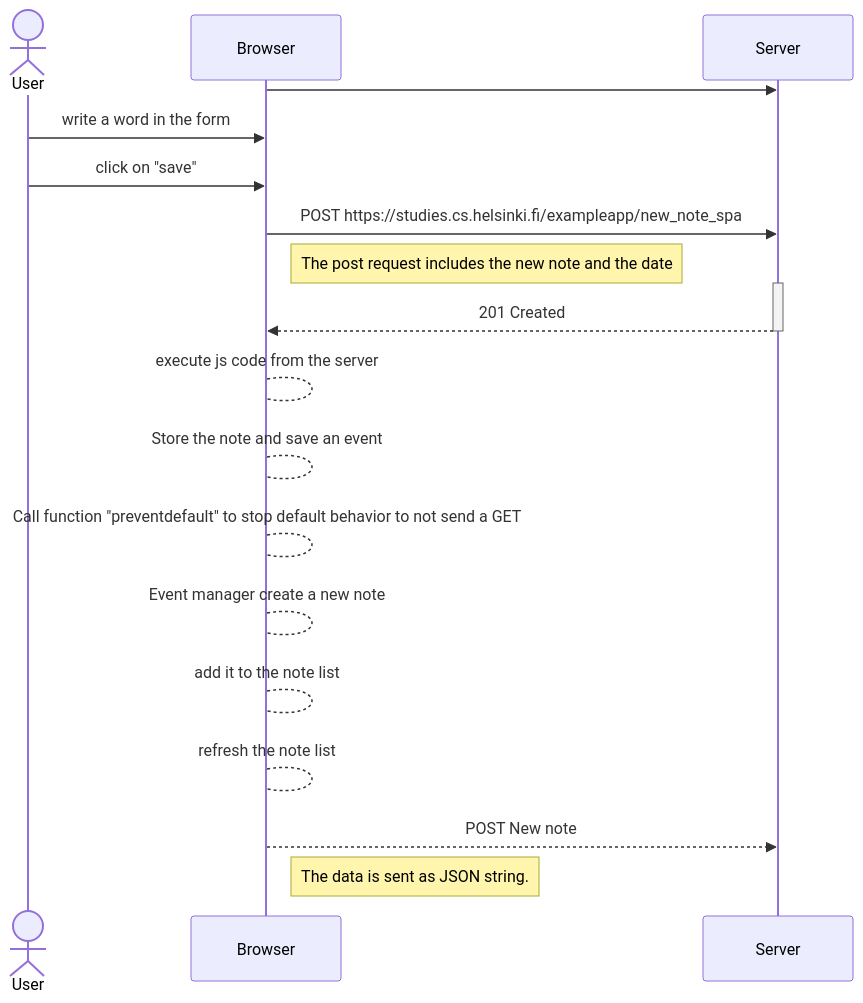
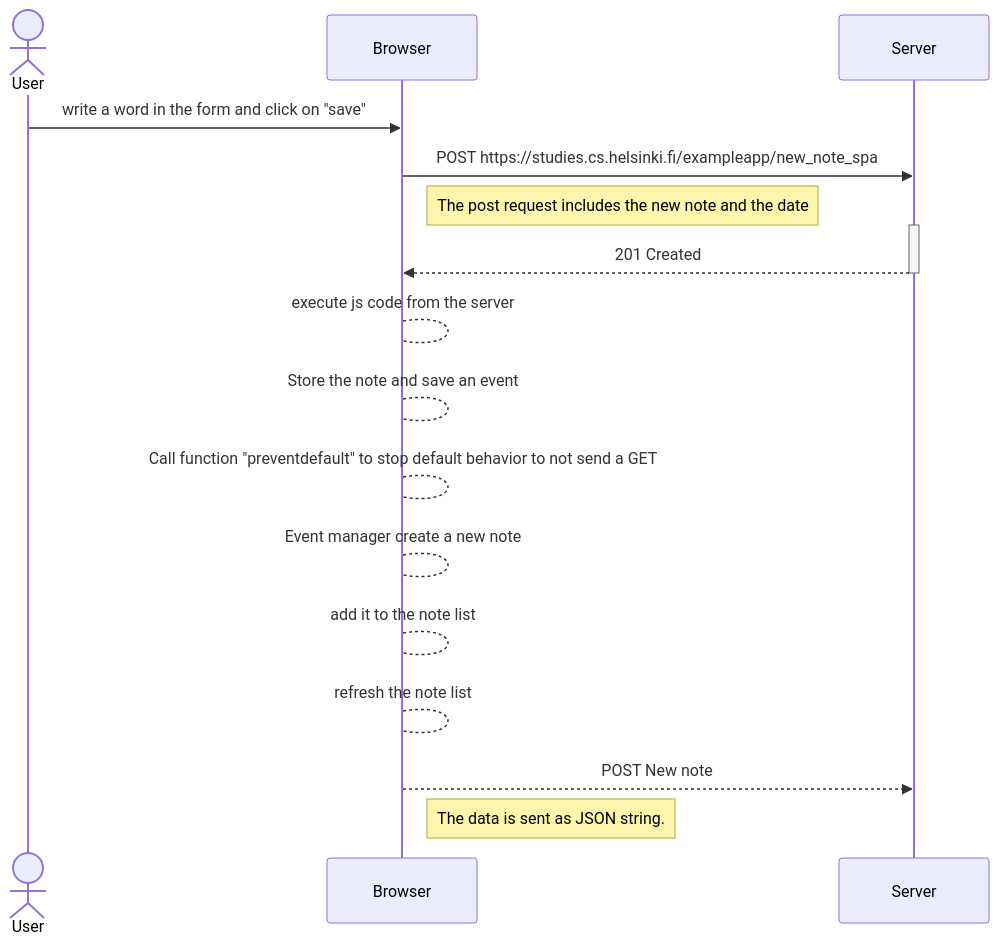
The diagram in diagramm exercice 0.6 fulstackopen.md (Blackleaf3416/Fullstackopen-part0), drawn with Mermaid before and after one commit.

Commit message:
Update diagramm exercice 0.6 fulstackopen.md

````diff
--- a/diagramm exercice 0.6 fulstackopen.md
+++ b/diagramm exercice 0.6 fulstackopen.md
@@ -1,24 +1,22 @@
 ```mermaid
 sequenceDiagram
 
 actor User
 participant Browser
 participant Server
-Browser->>Server: 
-User->>Browser: write a word in the form
-User->>Browser: click on "save"
+User->>Browser: write a word in the form and click on "save"
 
 Browser->>Server: POST https://studies.cs.helsinki.fi/exampleapp/new_note_spa
 Note right of Browser: The post request includes the new note and the date
 Activate Server
 Server-->>Browser: 201 Created
 Deactivate Server
 Browser-->Browser: execute js code from the server
 Browser-->Browser: Store the note and save an event
 Browser-->Browser: Call function "preventdefault" to stop default behavior to not send a GET
 Browser-->Browser: Event manager create a new note
 Browser-->Browser: add it to the note list
 Browser-->Browser: refresh the note list
 Browser-->>Server: POST New note
 Note right of Browser: The data is sent as JSON string.
 ```
````
